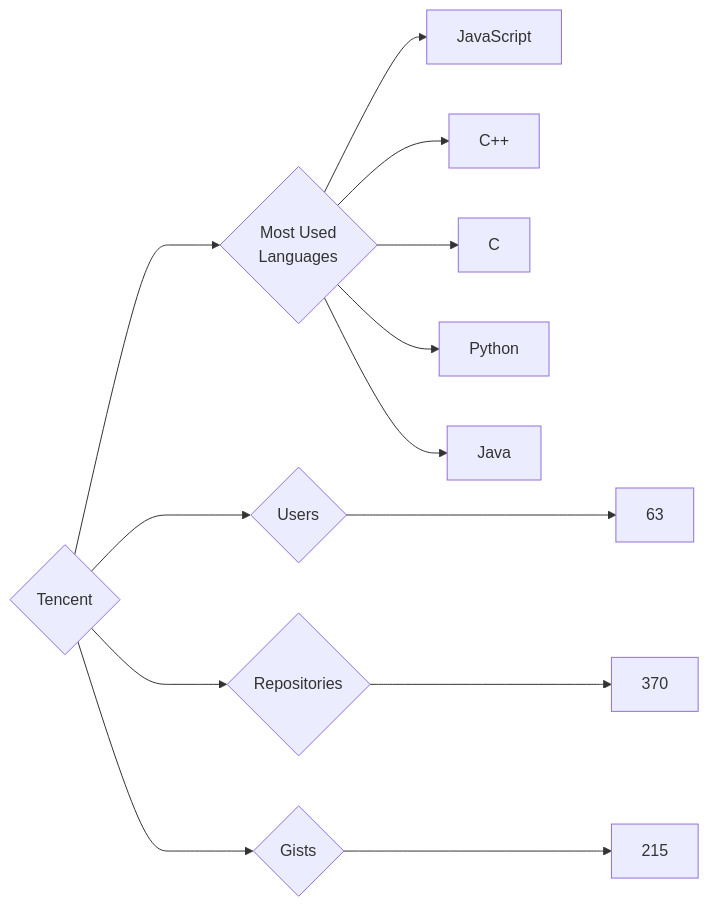
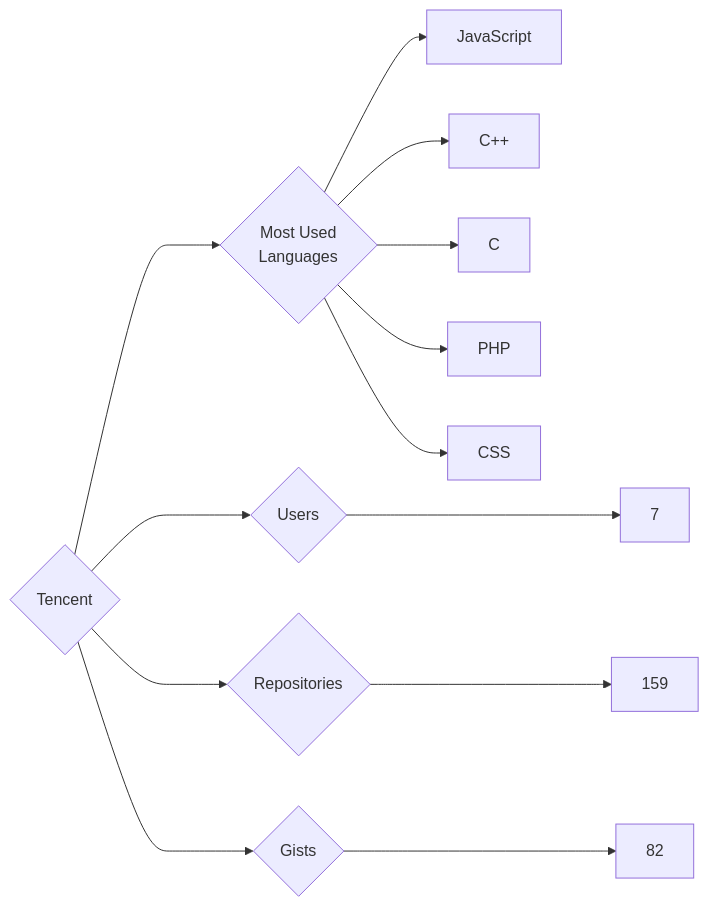
The diagram in targets/Tencent/README.md (trickest/insiders), drawn with Mermaid before and after one commit. The commit also changed 815 other files, not shown here.

````diff
--- a/targets/Tencent/README.md
+++ b/targets/Tencent/README.md
@@ -3,13 +3,13 @@
 ```mermaid
 graph LR
 COMPANY_NAME{Tencent}
-COMPANY_NAME ---> U{Users} ---> UN[63]
-COMPANY_NAME ---> R{Repositories} ---> RN[370]
-COMPANY_NAME ---> G{Gists} ---> GN[215]
+COMPANY_NAME ---> U{Users} ---> UN[7]
+COMPANY_NAME ---> R{Repositories} ---> RN[159]
+COMPANY_NAME ---> G{Gists} ---> GN[82]
 COMPANY_NAME ---> ML{Most Used<br>Languages}
 ML --> JavaScript[JavaScript]
 ML --> C++[C++]
 ML --> C[C]
-ML --> Python[Python]
-ML --> Java[Java]
+ML --> PHP[PHP]
+ML --> CSS[CSS]
 ```
````
